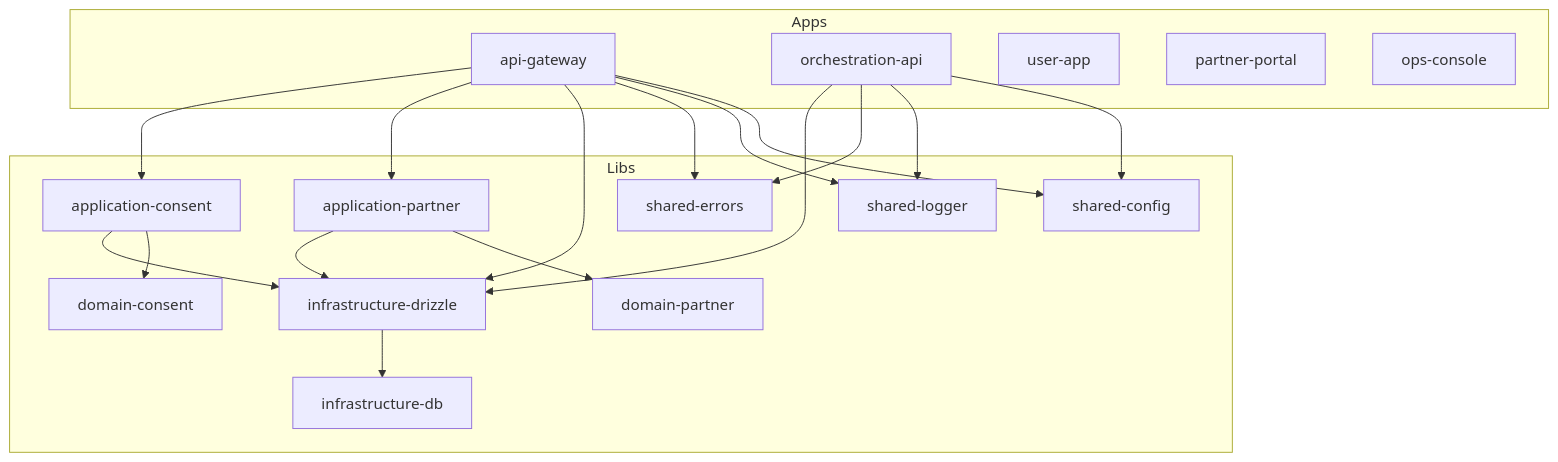
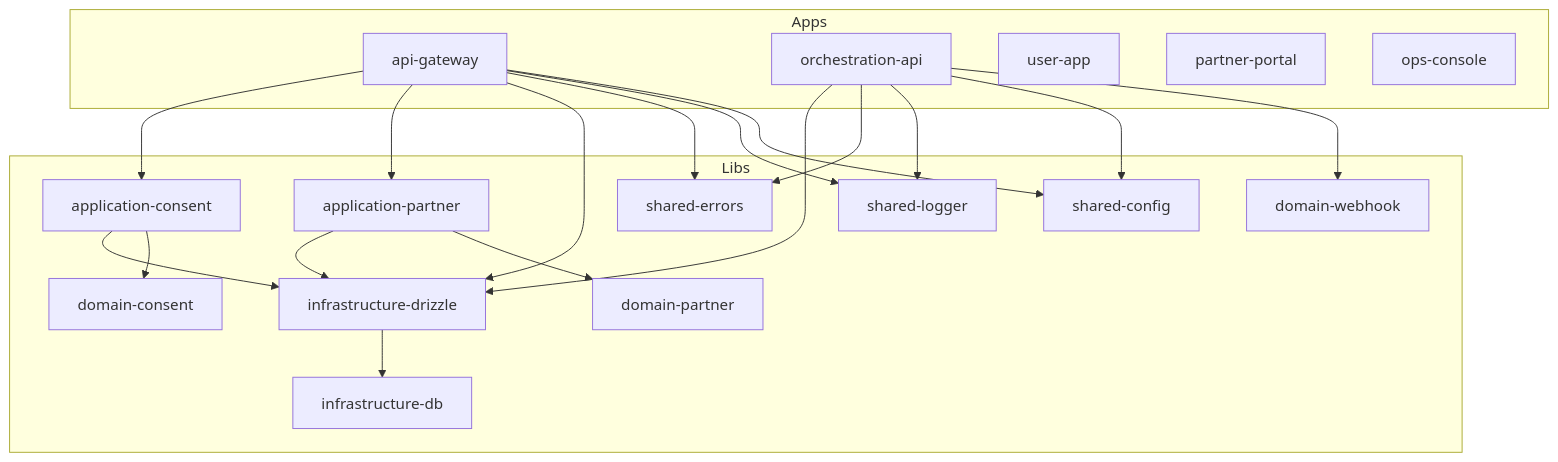
The diagram in docs/architecture.md (Yuri-Lima/Ultima-Forma-MVP), drawn with Mermaid before and after one commit. The commit also changed 48 other files, not shown here.

````diff
--- a/docs/architecture.md
+++ b/docs/architecture.md
@@ -5,38 +5,40 @@
 ```mermaid
 flowchart TB
     subgraph apps [Apps]
         apiGW[api-gateway]
         orch[orchestration-api]
         userApp[user-app]
         partner[partner-portal]
         opsConsole[ops-console]
     end
 
     subgraph libs [Libs]
         config[shared-config]
         logger[shared-logger]
         errors[shared-errors]
         db[infrastructure-db]
         drizzle[infrastructure-drizzle]
         domainPartner[domain-partner]
         appPartner[application-partner]
         domainConsent[domain-consent]
         appConsent[application-consent]
+        domainWebhook[domain-webhook]
     end
 
     apiGW --> config
     apiGW --> logger
     apiGW --> errors
     apiGW --> drizzle
     apiGW --> appPartner
     apiGW --> appConsent
     appPartner --> domainPartner
     appPartner --> drizzle
     appConsent --> domainConsent
     appConsent --> drizzle
+    orch --> domainWebhook
     orch --> config
     orch --> logger
     orch --> errors
     orch --> drizzle
     drizzle --> db
 ```
````
